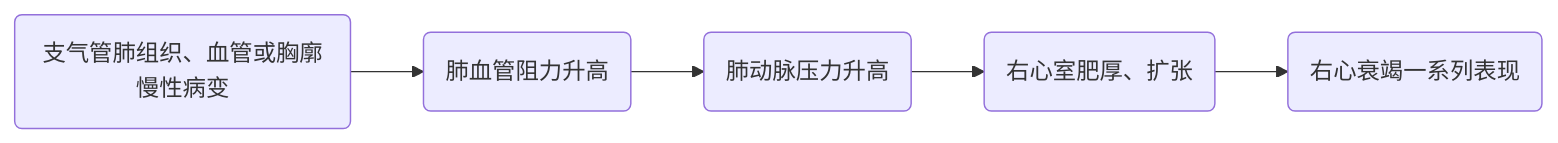
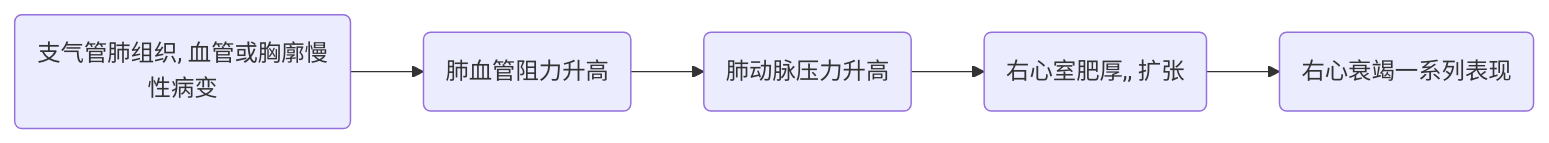
The first of 2 diagrams in Medicine/5 pulmonary heart disease.md (Bengerthelorf/Markdown), drawn with Mermaid before and after one commit. The commit also changed other lines of this file and 1 other file, not shown here.

````diff
--- a/Medicine/5 pulmonary heart disease.md
+++ b/Medicine/5 pulmonary heart disease.md
@@ -18,12 +16,12 @@
 ```mermaid
     graph LR;
-    A(支气管肺组织、血管或胸廓慢性病变);
+    A(支气管肺组织, 血管或胸廓慢性病变);
     B(肺血管阻力升高);
     C(肺动脉压力升高);
-    D(右心室肥厚、扩张);
+    D(右心室肥厚,, 扩张);
     E(右心衰竭一系列表现);
     A-->B;
     B-->C;
     C-->D;
     D-->E;
 ```
````
